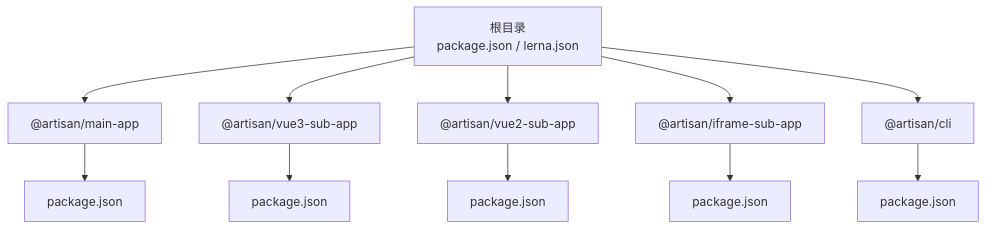
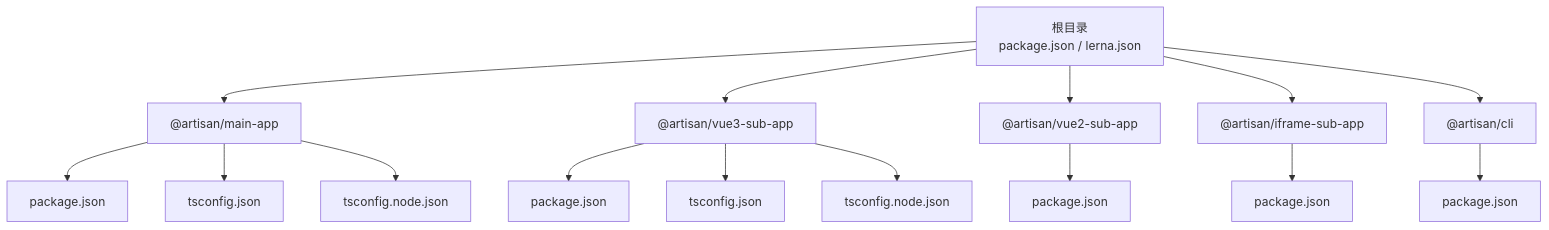
The first of 6 diagrams in .qoder/repowiki/zh/content/高级主题/TypeScript 支持.md (my-Sitara/artisan-base-frontend), drawn with Mermaid before and after one commit. The commit also changed other lines of this file and 35 other files, not shown here.

````diff
--- a/.qoder/repowiki/zh/content/高级主题/TypeScript 支持.md
+++ b/.qoder/repowiki/zh/content/高级主题/TypeScript 支持.md
@@ -40,13 +54,17 @@
 ```mermaid
 graph TB
 root["根目录<br/>package.json / lerna.json"] --> main["@artisan/main-app"]
 root --> vue3["@artisan/vue3-sub-app"]
 root --> vue2["@artisan/vue2-sub-app"]
 root --> iframe["@artisan/iframe-sub-app"]
 root --> cli["@artisan/cli"]
 main --> main_pkg["package.json"]
+main --> main_ts["tsconfig.json"]
+main --> main_node["tsconfig.node.json"]
 vue3 --> vue3_pkg["package.json"]
+vue3 --> vue3_ts["tsconfig.json"]
+vue3 --> vue3_node["tsconfig.node.json"]
 vue2 --> vue2_pkg["package.json"]
 iframe --> iframe_pkg["package.json"]
 cli --> cli_pkg["package.json"]
 ```
````
